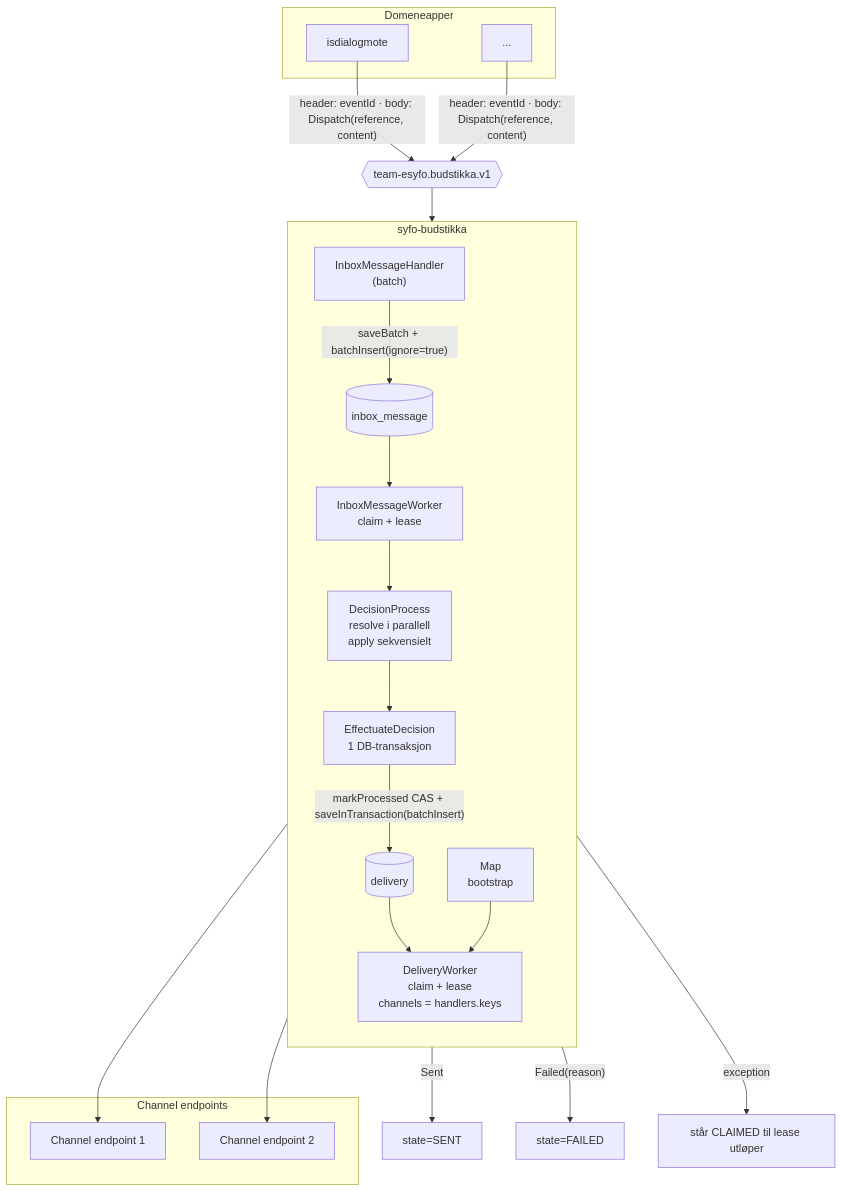
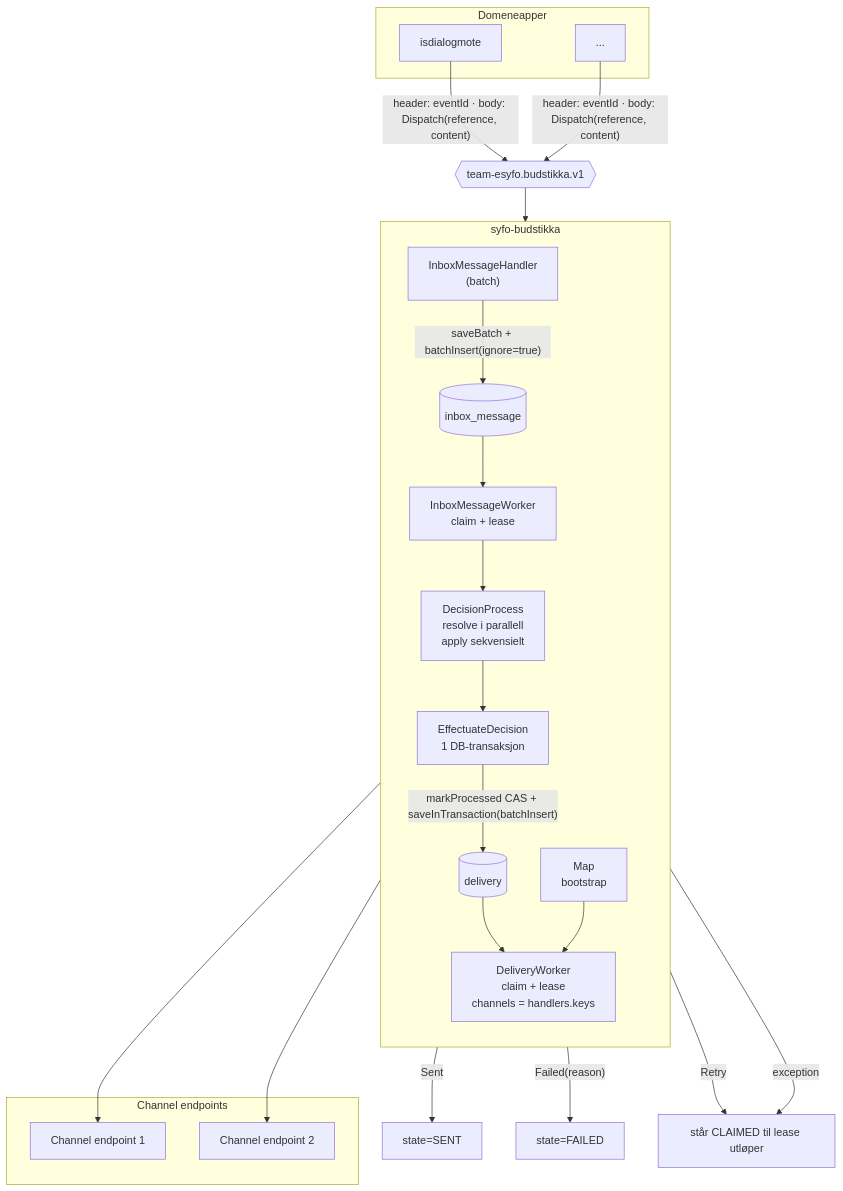
One commit to navikt/syfo-budstikka changed the diagram in docs/flyt.md. Above: the diagram before and after it, drawn with Mermaid. The commit also changed other lines of this file and 8 other files, not shown here.

````diff
--- a/docs/flyt.md
+++ b/docs/flyt.md
@@ -17,40 +17,41 @@
 ```mermaid
 flowchart TB
     subgraph Producers["Domeneapper"]
         P1["isdialogmote"]
         P2["..."]
     end
 
     P1 & P2 -->|"header: eventId · body: Dispatch(reference, content)"| TOPIC{{"team-esyfo.budstikka.v1"}}
 
     subgraph Budstikka["syfo-budstikka"]
         direction TB
         CONS["InboxMessageHandler<br/>(batch)"]
         INBOX[("inbox_message")]
         IWORK["InboxMessageWorker<br/>claim + lease"]
         DEC["DecisionProcess<br/>resolve i parallell<br/>apply sekvensielt"]
         EFF["EffectuateDecision<br/>1 DB-transaksjon"]
         OUTBOX[("delivery")]
         DWORK["DeliveryWorker<br/>claim + lease<br/>channels = handlers.keys"]
         MAP["Map<Channel, ChannelHandler><br/>bootstrap"]
     end
 
     TOPIC --> CONS
     CONS -->|"saveBatch + batchInsert(ignore=true)"| INBOX
     INBOX --> IWORK
     IWORK --> DEC --> EFF
     EFF -->|"markProcessed CAS + saveInTransaction(batchInsert)"| OUTBOX
     OUTBOX --> DWORK
     MAP --> DWORK
 
     DWORK -->|"Sent"| SENT["state=SENT"]
     DWORK -->|"Failed(reason)"| FAILED["state=FAILED"]
-    DWORK -->|"exception"| RECLAIM["står CLAIMED til lease utløper"]
+    DWORK -->|"Retry"| RECLAIM["står CLAIMED til lease utløper"]
+    DWORK -->|"exception"| RECLAIM
 
     subgraph Outbound["Channel endpoints"]
         CH1["Channel endpoint 1"]
         CH2["Channel endpoint 2"]
     end
     DWORK --> CH1
     DWORK --> CH2
 ```
````
